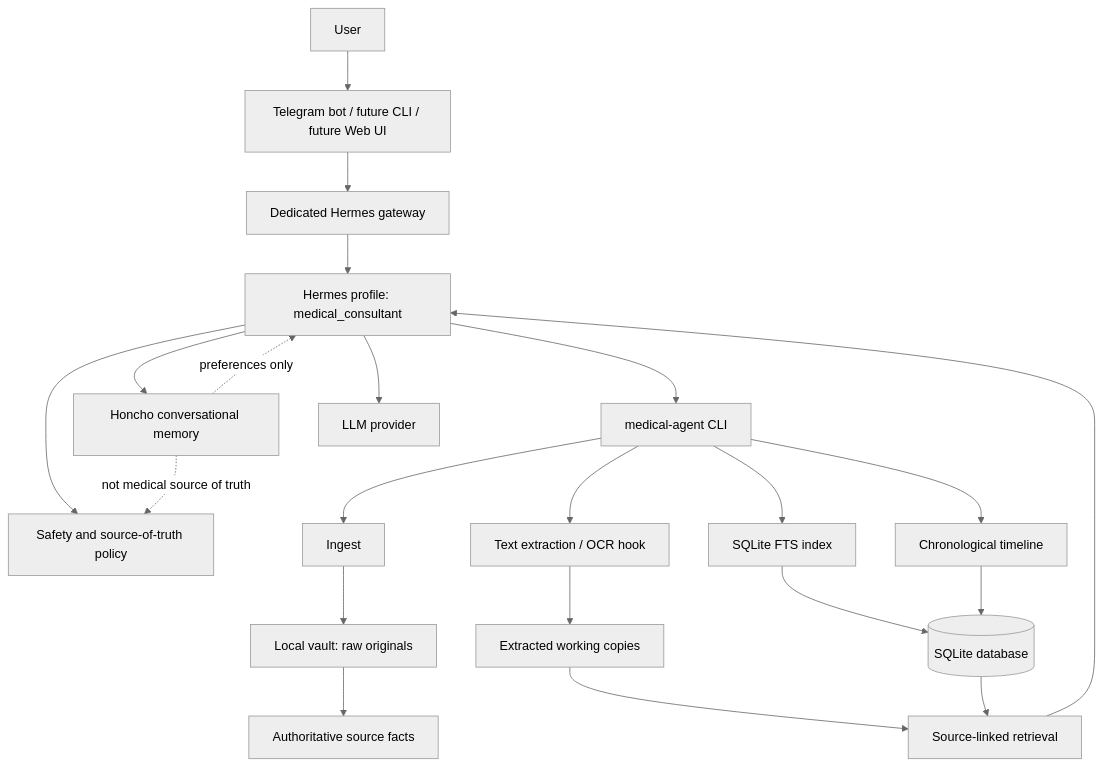
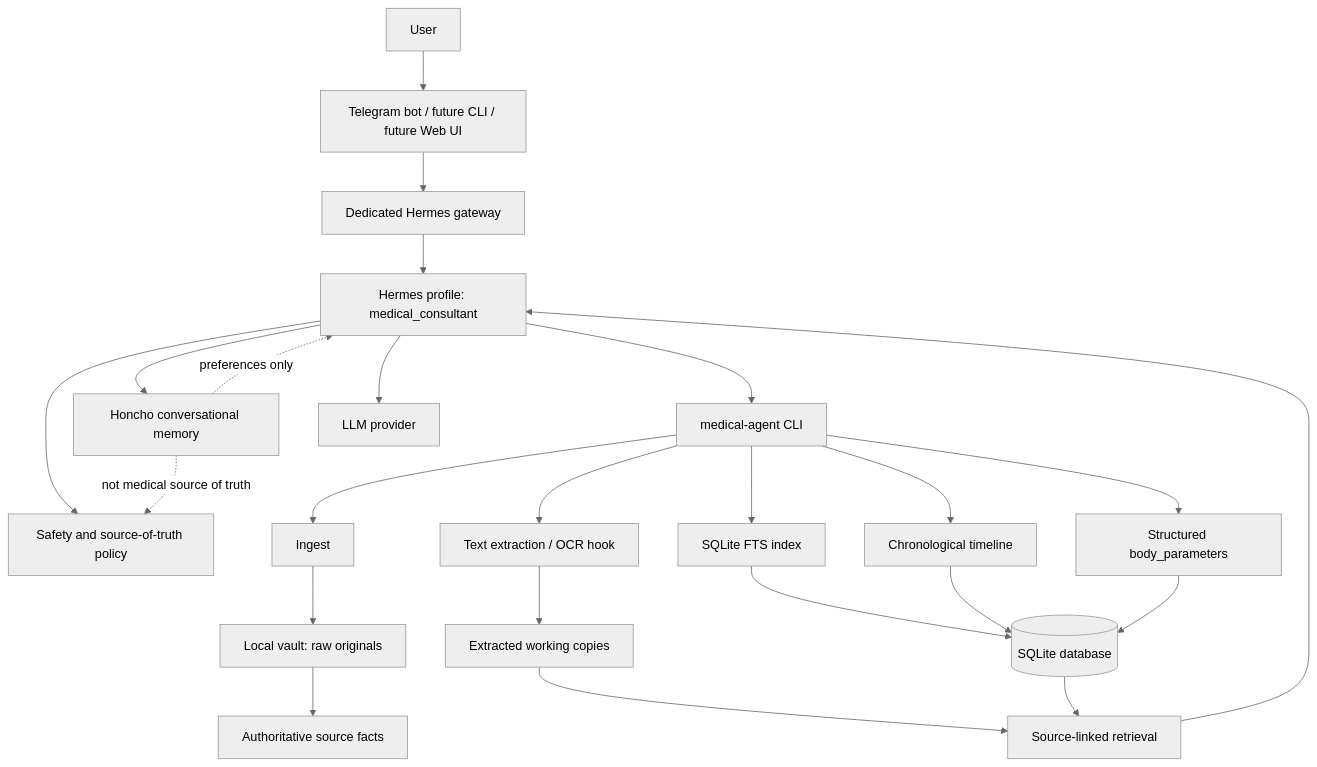
One commit to alldevice/personal-medical-agent changed the first of 2 diagrams in README.md. Above: the diagram before and after it, drawn with Mermaid (neutral theme). The commit also changed other lines of this file and 5 other files, not shown here.

````diff
--- a/README.md
+++ b/README.md
@@ -40,29 +43,31 @@
 ```mermaid
 flowchart TD
     user[User] --> ui[Telegram bot / future CLI / future Web UI]
     ui --> gateway[Dedicated Hermes gateway]
     gateway --> profile[Hermes profile: medical_consultant]
 
     profile --> safety[Safety and source-of-truth policy]
     profile --> cli[medical-agent CLI]
     profile --> memory[Honcho conversational memory]
     profile --> model[LLM provider]
 
     cli --> ingest[Ingest]
     cli --> extract[Text extraction / OCR hook]
     cli --> index[SQLite FTS index]
     cli --> timeline[Chronological timeline]
+    cli --> params[Structured body_parameters]
 
     ingest --> vault[Local vault: raw originals]
     extract --> extracted[Extracted working copies]
     index --> db[(SQLite database)]
     timeline --> db
+    params --> db
 
     vault --> sources[Authoritative source facts]
     extracted --> retrieval[Source-linked retrieval]
     db --> retrieval
+
     retrieval --> profile
-
     memory -. preferences only .-> profile
     memory -. not medical source of truth .-> safety
 ```
````
